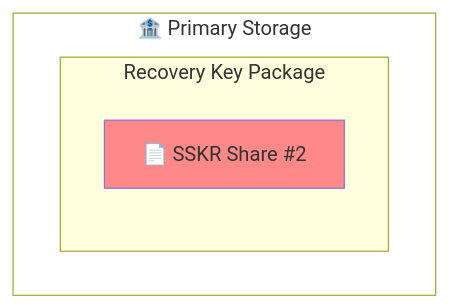
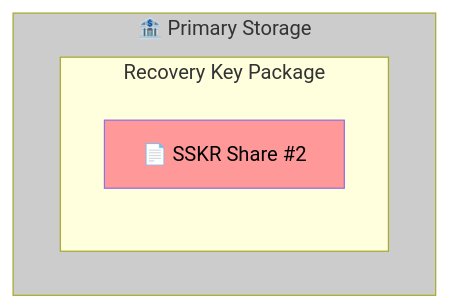
Diagram 16 of 26 in Docs/Scenario-Multisig.md (BlockchainCommons/SmartCustody), drawn with Mermaid before and after one commit. The commit also changed other lines of this file, not shown here.

````diff
--- a/Docs/Scenario-Multisig.md
+++ b/Docs/Scenario-Multisig.md
@@ -569,10 +569,10 @@
     ```mermaid
     graph TD
     subgraph primary["🏦 Primary Storage"]
       subgraph "Recovery Key Package"
       C["📄 SSKR Share #2"]
       end
     end
-    style primary fill:#ffffff;
-    style C fill:#ff8888;
+    style primary fill:#cccccc;
+    style C color:#000,fill:#ff9999;
     ```
````
